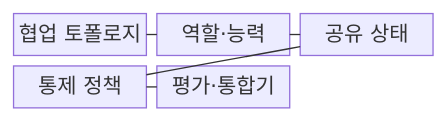
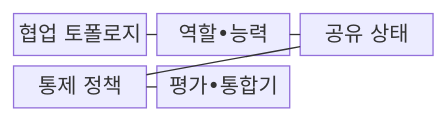
The first of 2 diagrams in src/content/docs/notes/08-latest-tech/013_multi_agent_collaboration.md (agnusdei1207/knowledge-base), drawn with Mermaid before and after one commit. The commit also changed other lines of this file and 953 other files, not shown here.

````diff
--- a/src/content/docs/notes/08-latest-tech/013_multi_agent_collaboration.md
+++ b/src/content/docs/notes/08-latest-tech/013_multi_agent_collaboration.md
@@ -70,13 +70,13 @@
 ```mermaid
 block-beta
     columns 3
     T["협업 토폴로지"]
-    R["역할·능력"]
+    R["역할•능력"]
     S["공유 상태"]
     P["통제 정책"]
-    E["평가·통합기"]
+    E["평가•통합기"]
     T --- R
     R --- S
     S --- P
     P --- E
 ```
````
